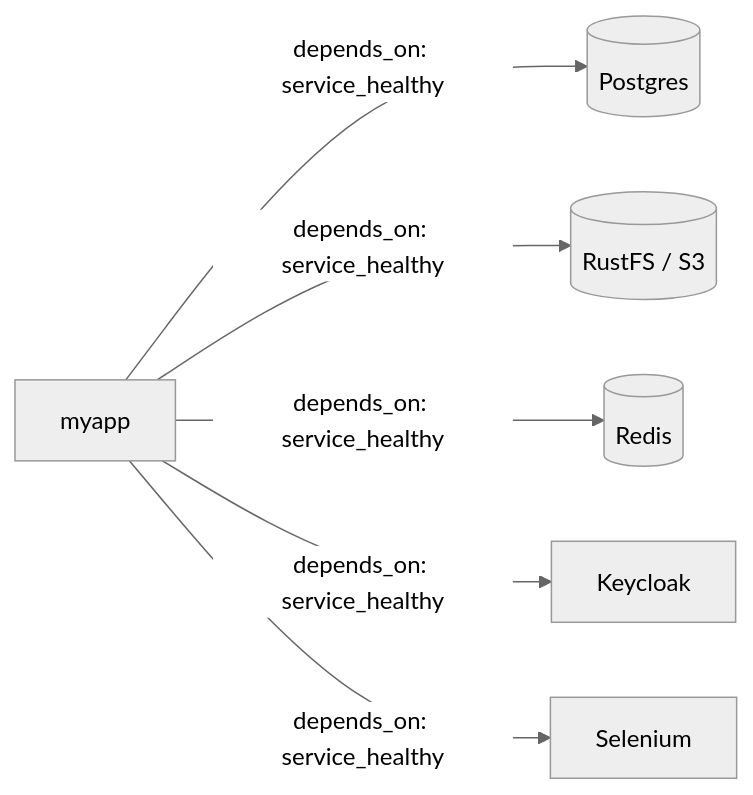
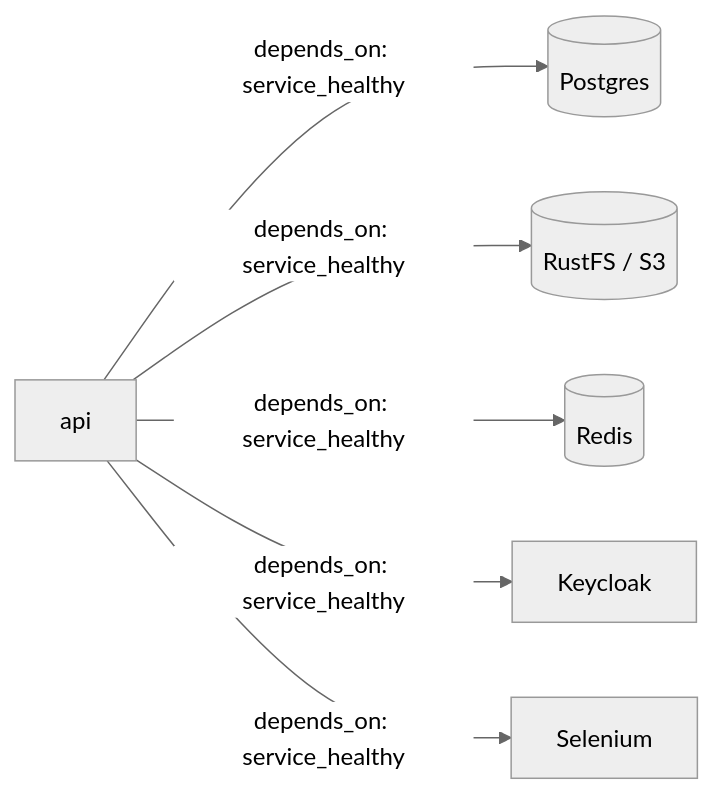
One commit to craftainer/tmp-fastapi-instance changed the first of 2 diagrams in docs/architecture.md. Above: the diagram before and after it, drawn with Mermaid (neutral theme). The commit also changed other lines of this file and 51 other files, not shown here.

````diff
--- a/docs/architecture.md
+++ b/docs/architecture.md
@@ -24,8 +24,8 @@
 ```mermaid
 graph LR
-    myapp -->|depends_on: service_healthy| postgres[(Postgres)]
-    myapp -->|depends_on: service_healthy| s3[(RustFS / S3)]
-    myapp -->|depends_on: service_healthy| redis[(Redis)]
-    myapp -->|depends_on: service_healthy| keycloak[Keycloak]
-    myapp -->|depends_on: service_healthy| selenium[Selenium]
+    api -->|depends_on: service_healthy| postgres[(Postgres)]
+    api -->|depends_on: service_healthy| s3[(RustFS / S3)]
+    api -->|depends_on: service_healthy| redis[(Redis)]
+    api -->|depends_on: service_healthy| keycloak[Keycloak]
+    api -->|depends_on: service_healthy| selenium[Selenium]
 ```
````
